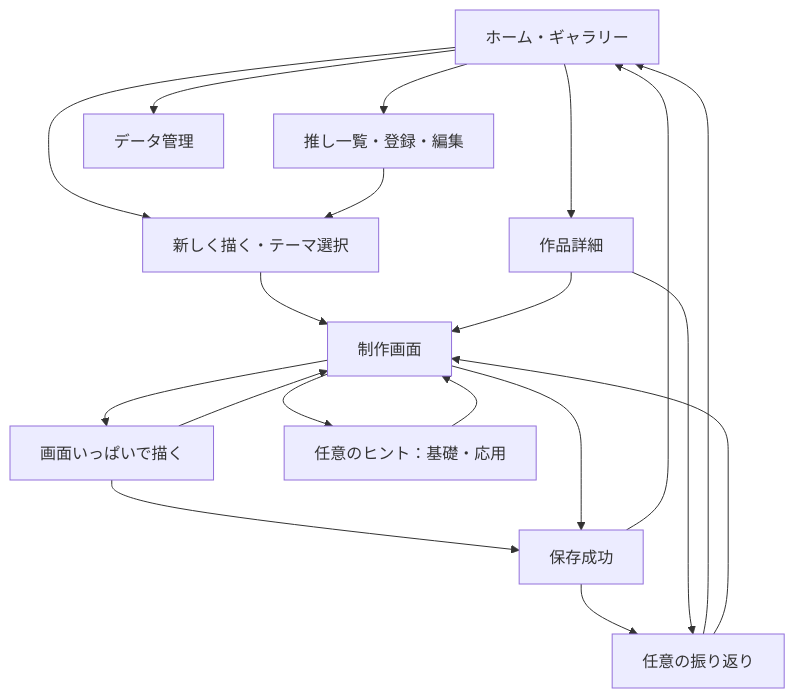
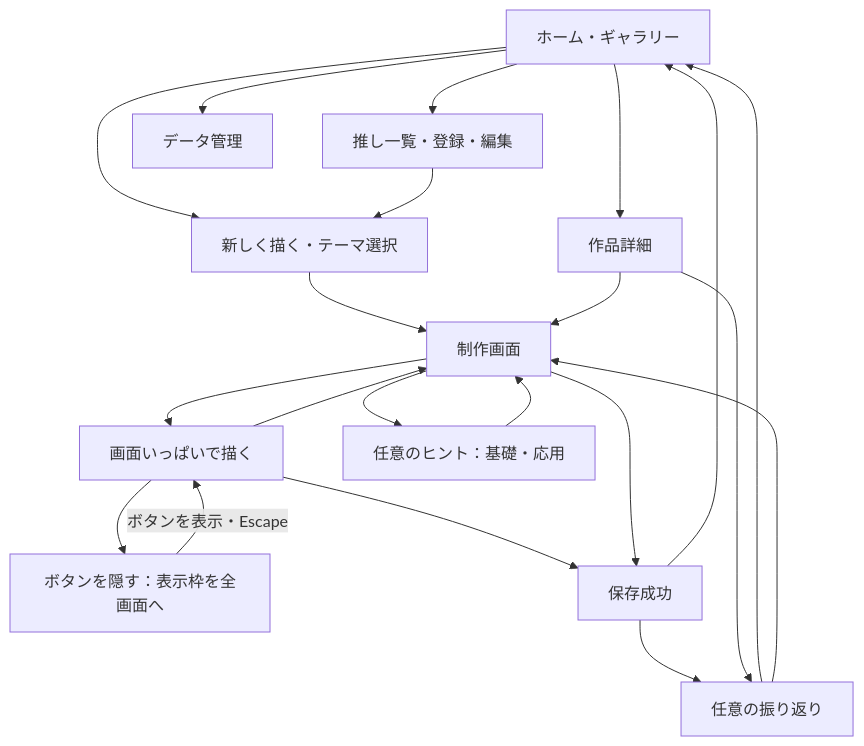
The diagram in docs/SCREEN_FLOW.md (ahiinaamanehara-jpg/-), drawn with Mermaid before and after one commit. The commit also changed other lines of this file and 17 other files, not shown here.

````diff
--- a/docs/SCREEN_FLOW.md
+++ b/docs/SCREEN_FLOW.md
@@ -5,21 +5,23 @@
 ```mermaid
 flowchart TD
   A[ホーム・ギャラリー] --> B[推し一覧・登録・編集]
   A --> C[新しく描く・テーマ選択]
   B --> C
   C --> D[制作画面]
   A --> E[作品詳細]
   E --> D
   D --> F[画面いっぱいで描く]
+  F --> K[ボタンを隠す：表示枠を全画面へ]
+  K -->|ボタンを表示・Escape| F
   F --> D
   F --> S[保存成功]
   D --> H[任意のヒント：基礎・応用]
   H --> D
   D --> S[保存成功]
   S --> R[任意の振り返り]
   S --> A
   R --> A
   R --> D
   E --> R
   A --> M[データ管理]
 ```
````
